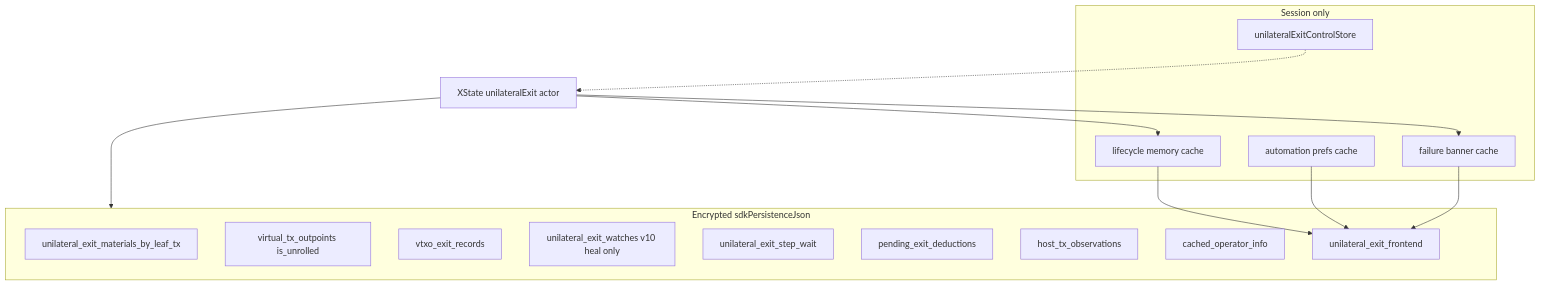
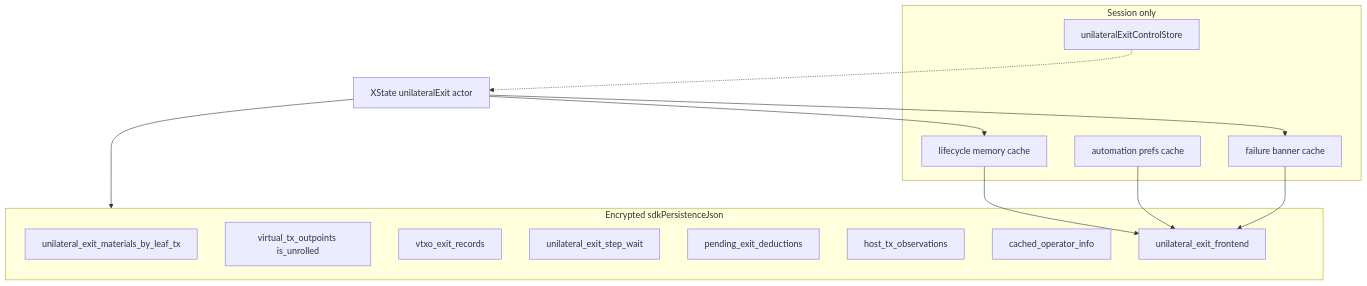
One commit to Radivis/bitboard-pwa-wallet changed the diagram in docs/persistence/unilateral-exit.md. Above: the diagram before and after it, drawn with Mermaid. The commit also changed other lines of this file and 15 other files, not shown here.

Commit message:
Cleanup of intermediary dev-only VTXO watches and related healing logic

````diff
--- a/docs/persistence/unilateral-exit.md
+++ b/docs/persistence/unilateral-exit.md
@@ -7,28 +7,27 @@
 ```mermaid
 flowchart TB
   subgraph wasmLayer [Encrypted sdkPersistenceJson]
     materials[unilateral_exit_materials_by_leaf_tx]
     vtxos[virtual_tx_outpoints is_unrolled]
     records[vtxo_exit_records]
-    watchesHeal[unilateral_exit_watches v10 heal only]
     stepWait[unilateral_exit_step_wait]
     deductions[pending_exit_deductions]
     hostObs[host_tx_observations]
     cachedInfo[cached_operator_info]
     frontendBundle[unilateral_exit_frontend]
   end
   subgraph memoryOnly [Session only]
     jobCache[lifecycle memory cache]
     prefsCache[automation prefs cache]
     failureCache[failure banner cache]
     controlStore[unilateralExitControlStore]
   end
   actor[XState unilateralExit actor]
   actor --> jobCache
   actor --> failureCache
   actor --> wasmLayer
   jobCache --> frontendBundle
   prefsCache --> frontendBundle
   failureCache --> frontendBundle
   controlStore -.-> actor
 ```
````
